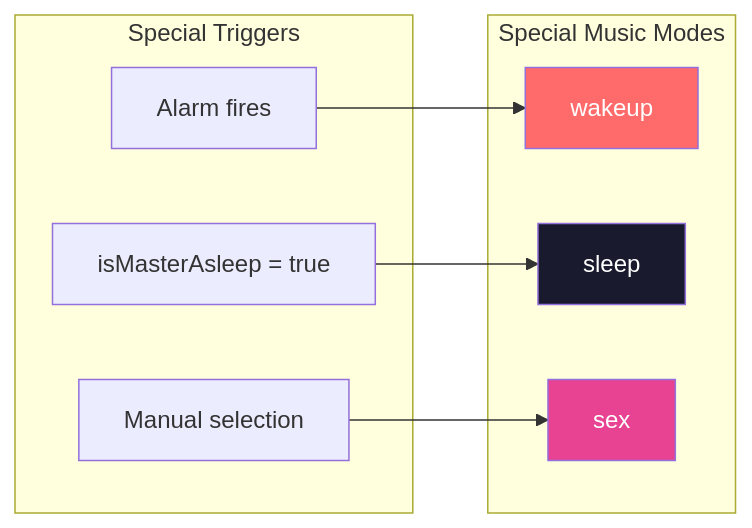
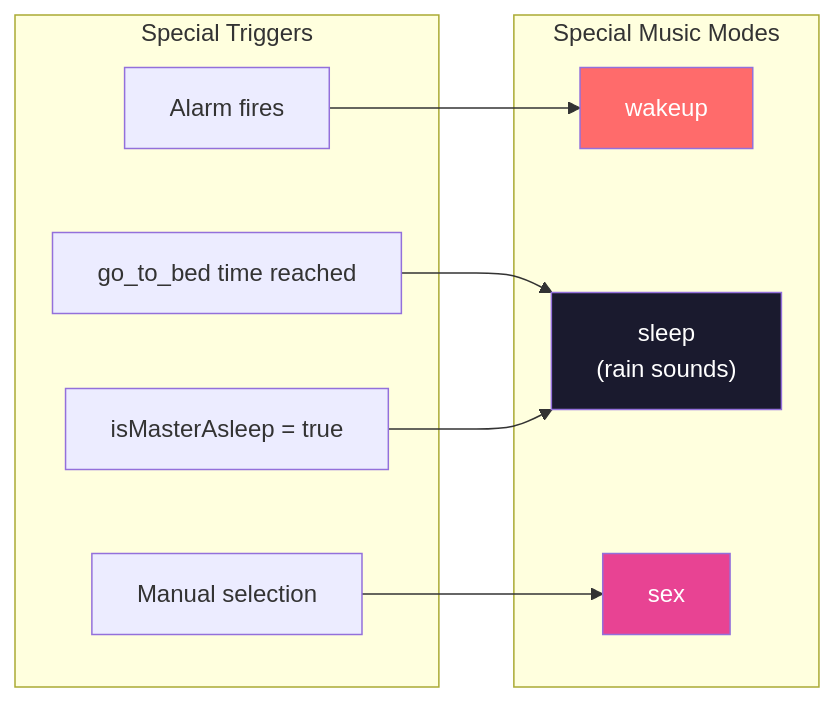
The sixth of 6 diagrams in docs/reference/DAY_PHASE_MODES.md (NickBorgers/home-automation), drawn with Mermaid before and after one commit. The commit also changed other lines of this file and 8 other files, not shown here.

````diff
--- a/docs/reference/DAY_PHASE_MODES.md
+++ b/docs/reference/DAY_PHASE_MODES.md
@@ -262,22 +266,24 @@
 ```mermaid
 flowchart LR
     subgraph Triggers["Special Triggers"]
         alarm["Alarm fires"]
+        goToBed["go_to_bed time reached"]
         sleepState["isMasterAsleep = true"]
         manual["Manual selection"]
     end
 
     subgraph SpecialModes["Special Music Modes"]
         wakeup["wakeup"]
-        sleep["sleep"]
+        sleep["sleep<br/>(rain sounds)"]
         sex["sex"]
     end
 
     alarm --> wakeup
+    goToBed --> sleep
     sleepState --> sleep
     manual --> sex
 
     style wakeup fill:#ff6b6b,color:#fff
     style sleep fill:#1a1a2e,color:#fff
     style sex fill:#e84393,color:#fff
 ```
````
